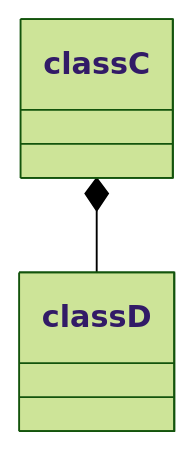
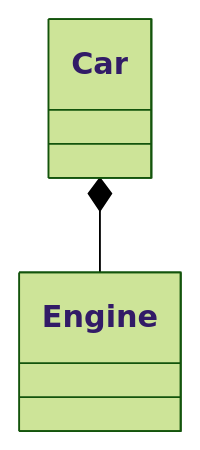
The second of 4 diagrams in lecture-markdown/content/01-OO-Abstraction/_index.md (unibo-lptsi-pss/pss-slides), drawn with Mermaid (forest theme) before and after one commit. The commit also changed other lines of this file and 3 other files, not shown here.

Commit message:
fix wrong uml graph

````diff
--- a/lecture-markdown/content/01-OO-Abstraction/_index.md
+++ b/lecture-markdown/content/01-OO-Abstraction/_index.md
@@ -325,4 +325,4 @@
 ```mermaid
 classDiagram
-classC *-- classD
+Car *-- Engine
 ```
````
